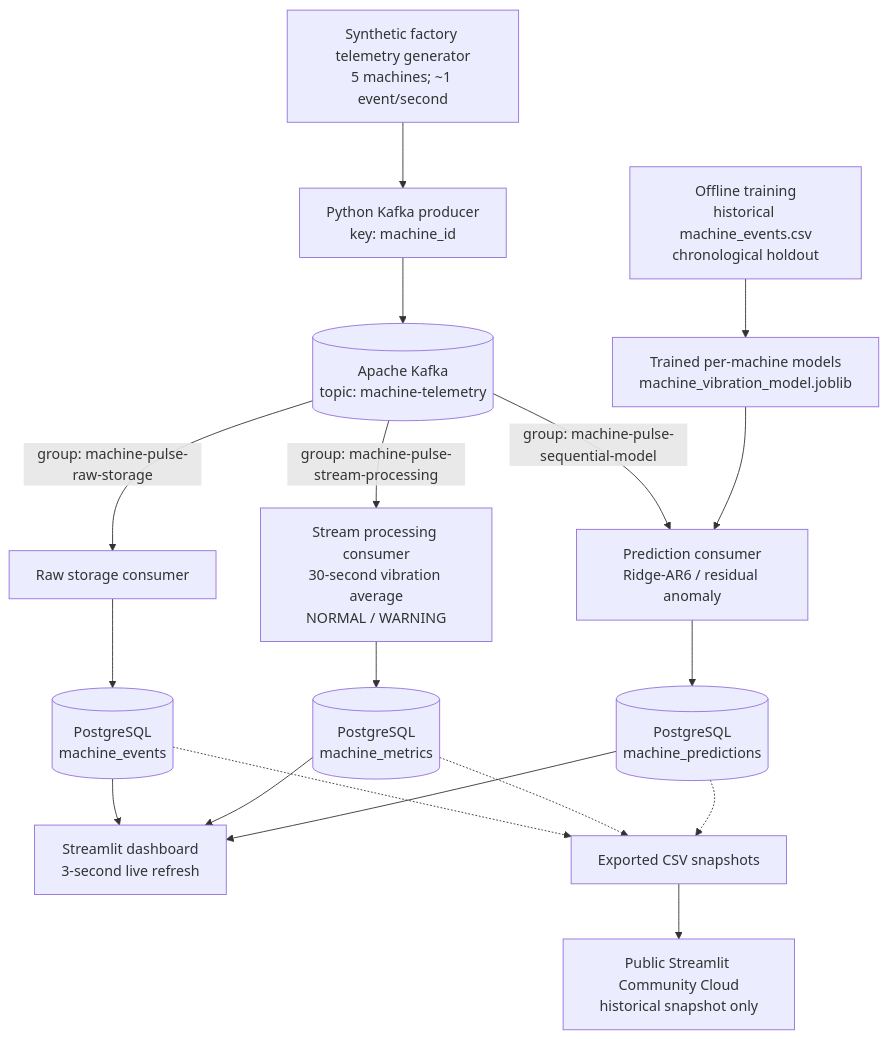
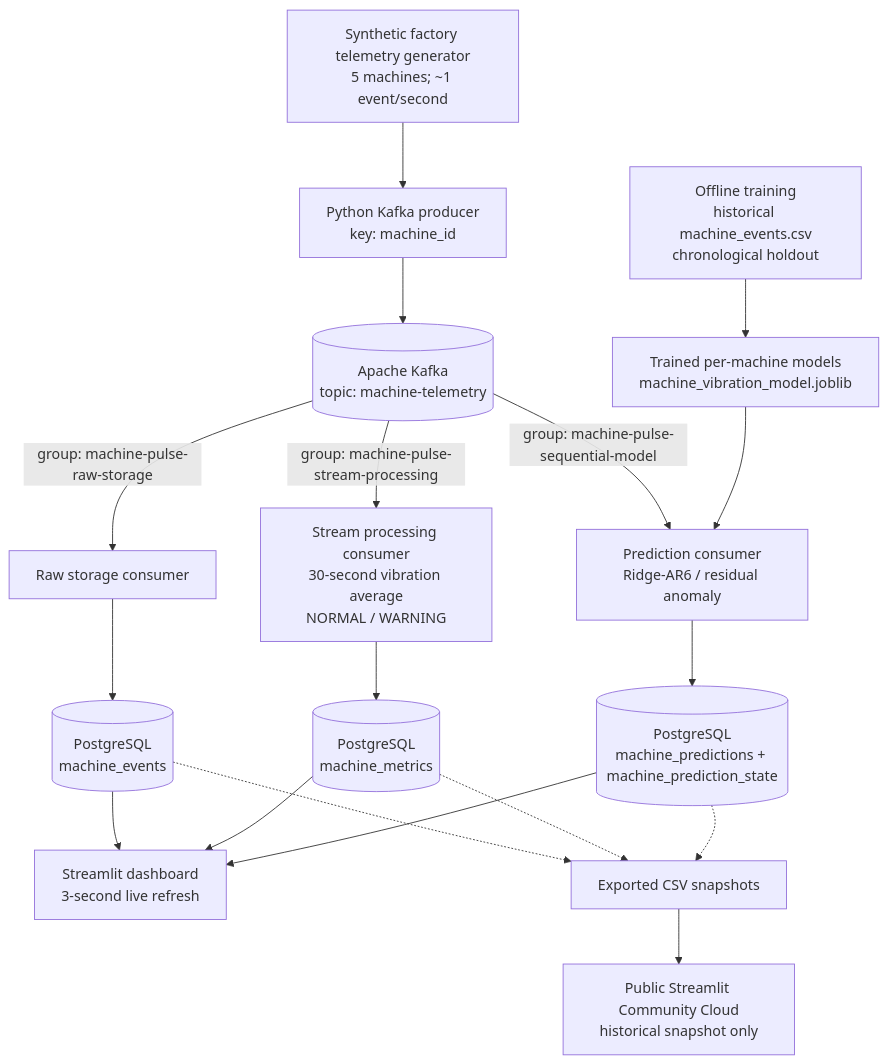
One commit to ZhihaoZhou0/machine-pulse-kafka changed the diagram in README.md. Above: the diagram before and after it, drawn with Mermaid. The commit also changed other lines of this file and 2 other files, not shown here.

Commit message:
Improve prediction consumer recovery and highlight sequential modeling bonus

````diff
--- a/README.md
+++ b/README.md
@@ -21,20 +23,20 @@
 ```mermaid
 flowchart TD
     A["Synthetic factory telemetry generator<br/>5 machines; ~1 event/second"] --> B["Python Kafka producer<br/>key: machine_id"]
     B --> K[("Apache Kafka<br/>topic: machine-telemetry")]
     K -->|"group: machine-pulse-raw-storage"| C["Raw storage consumer"]
     K -->|"group: machine-pulse-stream-processing"| D["Stream processing consumer<br/>30-second vibration average<br/>NORMAL / WARNING"]
     K -->|"group: machine-pulse-sequential-model"| P["Prediction consumer<br/>Ridge-AR6 / residual anomaly"]
     M["Offline training<br/>historical machine_events.csv<br/>chronological holdout"] --> J["Trained per-machine models<br/>machine_vibration_model.joblib"]
     J --> P
     C --> E[("PostgreSQL<br/>machine_events")]
     D --> F[("PostgreSQL<br/>machine_metrics")]
-    P --> H[("PostgreSQL<br/>machine_predictions")]
+    P --> H[("PostgreSQL<br/>machine_predictions + machine_prediction_state")]
     E --> G["Streamlit dashboard<br/>3-second live refresh"]
     F --> G
     H --> G
     E -.-> X["Exported CSV snapshots"]
     F -.-> X
     H -.-> X
     X --> Y["Public Streamlit Community Cloud<br/>historical snapshot only"]
 ```
````
